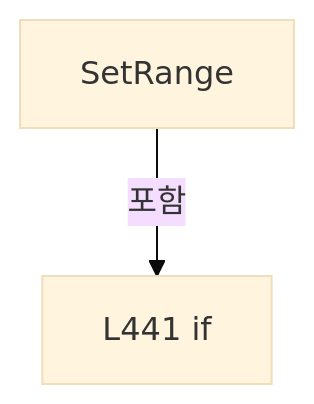
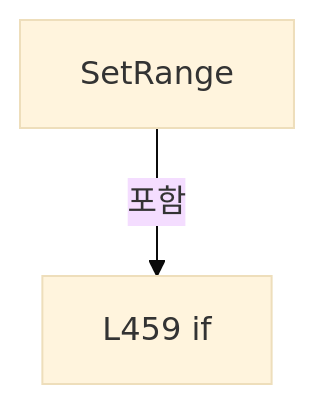
Diagram 21 of 22 in A3 LD Code Ref/files/Drilling.Common/Correction/CAlignInterpolation.cs.md (kjuws10-rgb/Shared), drawn with Mermaid (base theme) before and after one commit. The commit also changed other lines of this file and 2071 other files, not shown here.

Commit message:
docs(a3): update 11.19.0 architecture and code reference

````diff
--- a/A3 LD Code Ref/files/Drilling.Common/Correction/CAlignInterpolation.cs.md
+++ b/A3 LD Code Ref/files/Drilling.Common/Correction/CAlignInterpolation.cs.md
@@ -3634,6 +3727,6 @@
 ```mermaid
 flowchart TD
  M["SetRange"]
- N0["L441 if"]
+ N0["L459 if"]
  M -->|포함| N0
 ```
````
